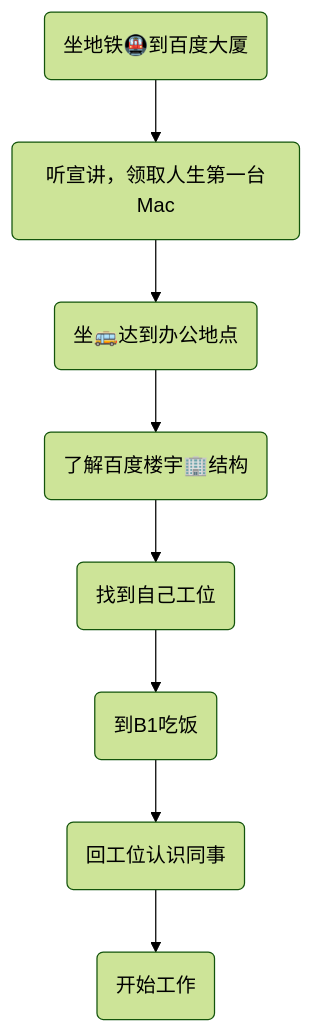
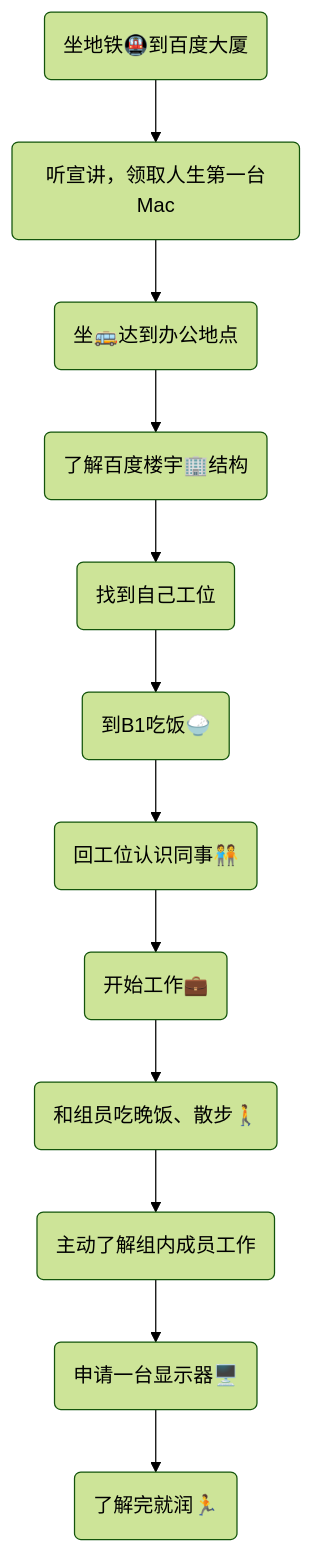
The diagram in backup/百度实习第一天.md (wlkla/onebuaaer.github.io), drawn with Mermaid (forest theme) before and after one commit. The commit also changed other lines of this file and 6 other files, not shown here.

````diff
--- a/backup/百度实习第一天.md
+++ b/backup/百度实习第一天.md
@@ -5,12 +5,16 @@
 ```mermaid
 graph TB
     A(坐地铁🚇到百度大厦)
     B(听宣讲，领取人生第一台Mac)
     C(坐🚌达到办公地点)
     D(了解百度楼宇🏢结构)
     E(找到自己工位)
-    F(到B1吃饭)
-    G(回工位认识同事)
-    H(开始工作)
-    A --> B --> C --> D --> E --> F --> G --> H
+    F(到B1吃饭🍚)
+    G(回工位认识同事🧑‍🤝‍🧑)
+    H(开始工作💼)
+    I(和组员吃晚饭、散步🚶)
+    J(主动了解组内成员工作)
+    K(申请一台显示器🖥️)
+    L(了解完就润🏃)
+    A --> B --> C --> D --> E --> F --> G --> H --> I--> J --> K --> L
 ```
````
